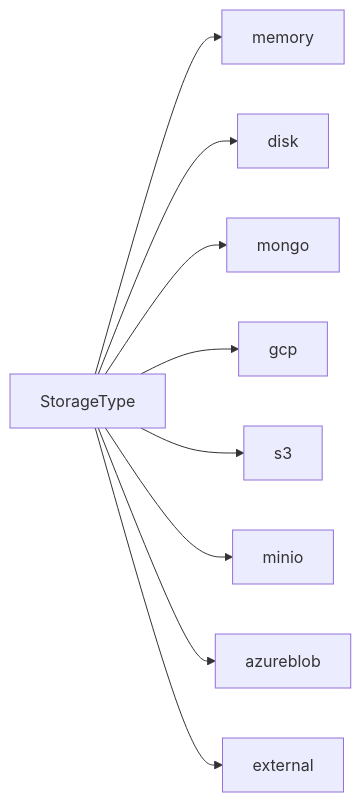
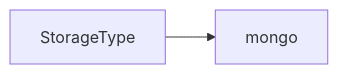
Before and after one commit to leimeng-go/athens: the fourth of 4 diagrams in .qoder/repowiki/zh/content/配置参考/存储后端配置/存储后端配置.md, drawn with Mermaid. The commit also changed other lines of this file and 14 other files, not shown here.

````diff
--- a/.qoder/repowiki/zh/content/配置参考/存储后端配置/存储后端配置.md
+++ b/.qoder/repowiki/zh/content/配置参考/存储后端配置/存储后端配置.md
@@ -365,11 +146,4 @@
 ```mermaid
 graph LR
-ST["StorageType"] --> MEM["memory"]
-ST --> DISK["disk"]
-ST --> MONGO["mongo"]
-ST --> GCS["gcp"]
-ST --> S3["s3"]
-ST --> MINIO["minio"]
-ST --> AZB["azureblob"]
-ST --> EXT["external"]
+ST["StorageType"] --> MONGO["mongo"]
 ```
````
